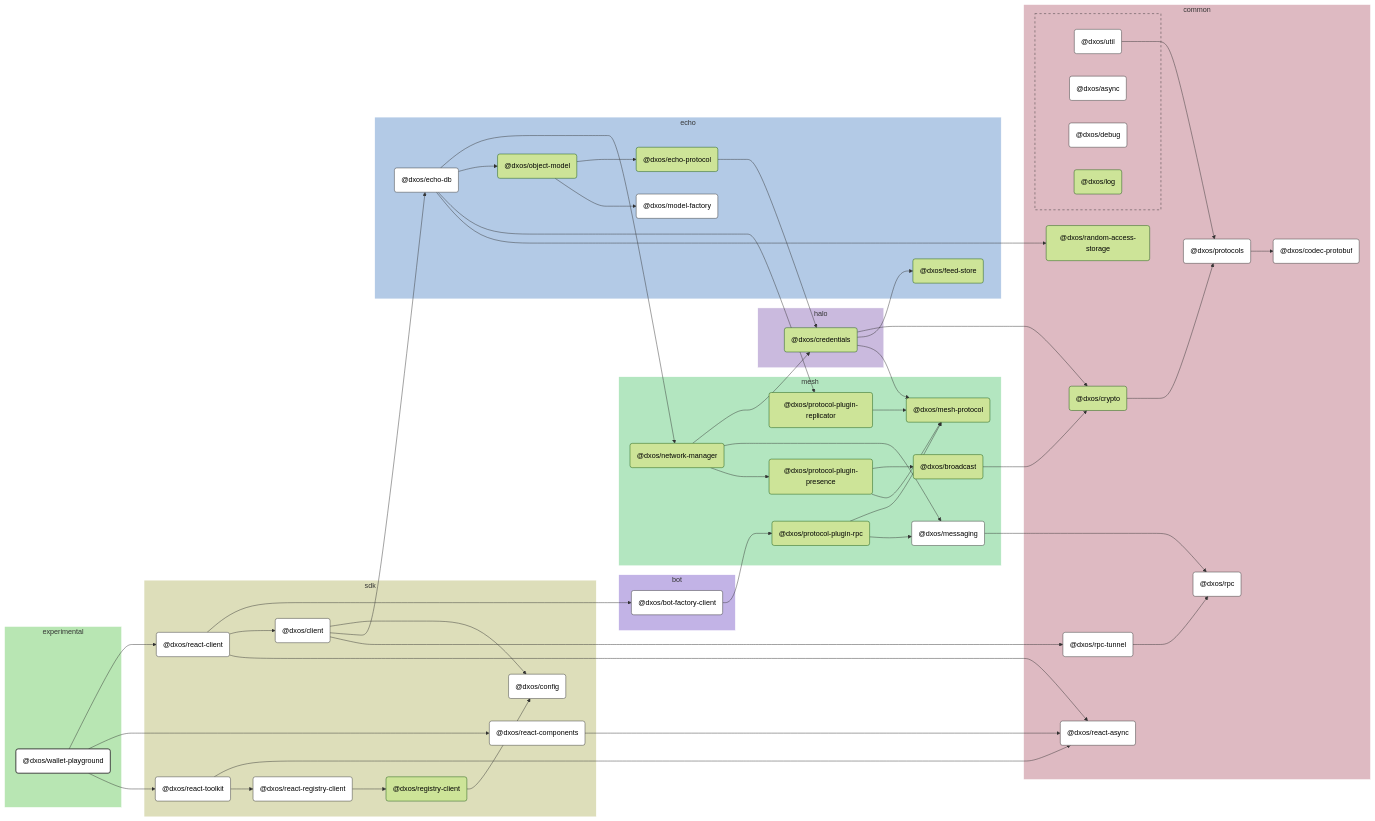
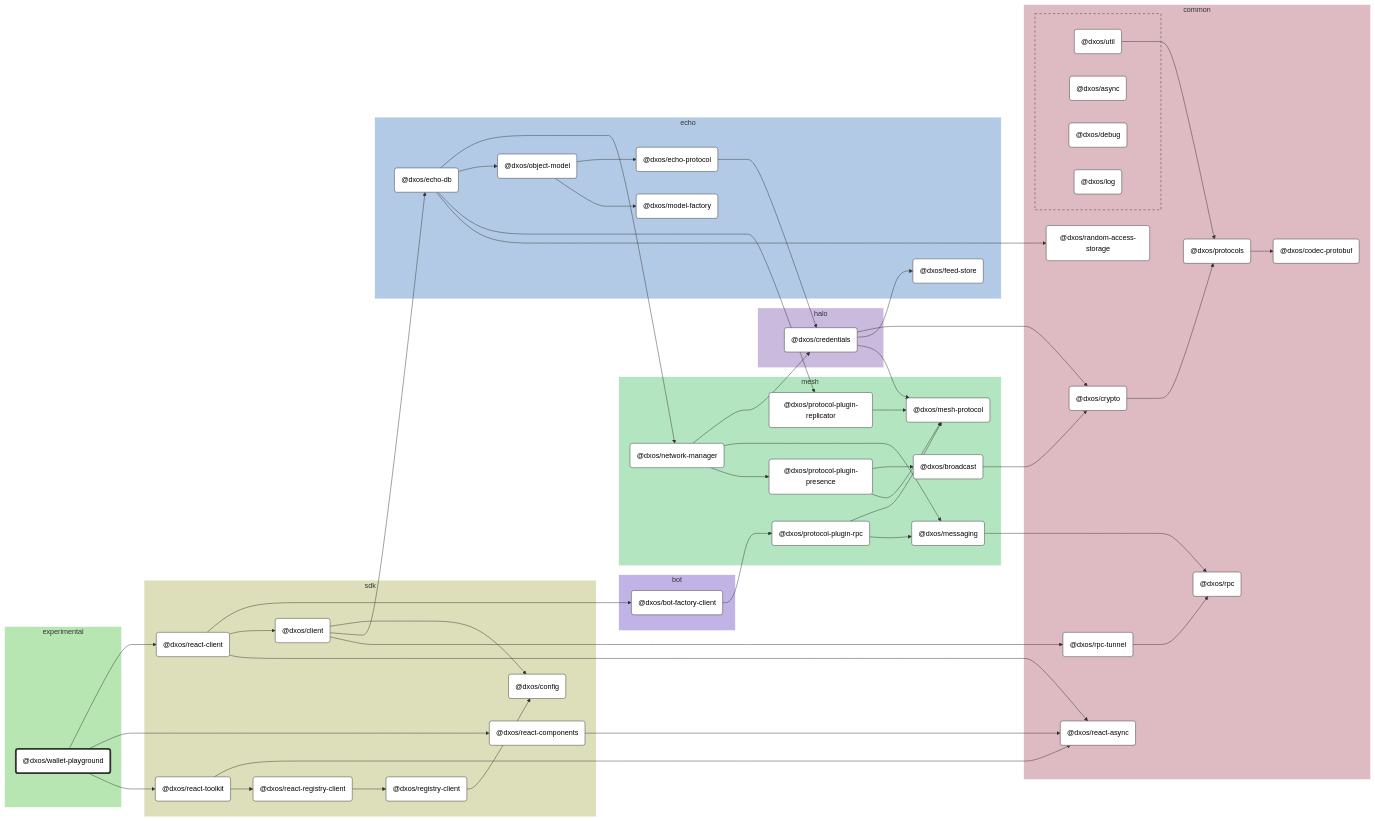
The diagram in apps/experimental/wallet-playground/docs/README.md (dxos/dxos), drawn with Mermaid (forest theme) before and after one commit. The commit also changed other lines of this file and 86 other files, not shown here.

```diff
--- a/apps/experimental/wallet-playground/docs/README.md
+++ b/apps/experimental/wallet-playground/docs/README.md
@@ -128,25 +128,39 @@
 %% Hyperlinks
 click dxos/async "dxos/dxos/tree/main/packages/common/async/docs";
 click dxos/bot-factory-client "dxos/dxos/tree/main/packages/bot/bot-factory-client/docs";
+click dxos/broadcast "dxos/dxos/tree/main/packages/mesh/broadcast/docs";
 click dxos/client "dxos/dxos/tree/main/packages/sdk/client/docs";
 click dxos/codec-protobuf "dxos/dxos/tree/main/packages/common/codec-protobuf/docs";
 click dxos/config "dxos/dxos/tree/main/packages/sdk/config/docs";
+click dxos/credentials "dxos/dxos/tree/main/packages/halo/credentials/docs";
+click dxos/crypto "dxos/dxos/tree/main/packages/common/crypto/docs";
 click dxos/debug "dxos/dxos/tree/main/packages/common/debug/docs";
 click dxos/echo-db "dxos/dxos/tree/main/packages/echo/echo-db/docs";
+click dxos/echo-protocol "dxos/dxos/tree/main/packages/echo/echo-protocol/docs";
+click dxos/feed-store "dxos/dxos/tree/main/packages/echo/feed-store/docs";
+click dxos/log "dxos/dxos/tree/main/packages/common/log/docs";
+click dxos/mesh-protocol "dxos/dxos/tree/main/packages/mesh/mesh-protocol/docs";
 click dxos/messaging "dxos/dxos/tree/main/packages/mesh/messaging/docs";
 click dxos/model-factory "dxos/dxos/tree/main/packages/echo/model-factory/docs";
+click dxos/network-manager "dxos/dxos/tree/main/packages/mesh/network-manager/docs";
+click dxos/object-model "dxos/dxos/tree/main/packages/echo/object-model/docs";
+click dxos/protocol-plugin-presence "dxos/dxos/tree/main/packages/mesh/protocol-plugin-presence/docs";
+click dxos/protocol-plugin-replicator "dxos/dxos/tree/main/packages/mesh/protocol-plugin-replicator/docs";
+click dxos/protocol-plugin-rpc "dxos/dxos/tree/main/packages/mesh/protocol-plugin-rpc/docs";
 click dxos/protocols "dxos/dxos/tree/main/packages/common/protocols/docs";
+click dxos/random-access-storage "dxos/dxos/tree/main/packages/common/random-access-storage/docs";
 click dxos/react-async "dxos/dxos/tree/main/packages/common/react-async/docs";
 click dxos/react-client "dxos/dxos/tree/main/packages/sdk/react-client/docs";
 click dxos/react-components "dxos/dxos/tree/main/packages/sdk/react-components/docs";
 click dxos/react-registry-client "dxos/dxos/tree/main/packages/sdk/react-registry-client/docs";
 click dxos/react-toolkit "dxos/dxos/tree/main/packages/sdk/react-toolkit/docs";
+click dxos/registry-client "dxos/dxos/tree/main/packages/sdk/registry-client/docs";
 click dxos/rpc "dxos/dxos/tree/main/packages/common/rpc/docs";
 click dxos/rpc-tunnel "dxos/dxos/tree/main/packages/common/rpc-tunnel/docs";
 click dxos/util "dxos/dxos/tree/main/packages/common/util/docs";
 
 %% Styles
-classDef rootNode fill:#fff,stroke:#333,stroke-width:2px
+classDef rootNode fill:#fff,stroke:#333,stroke-width:4px
 classDef defaultNode fill:#fff,stroke:#333,stroke-width:1px
 linkStyle default stroke:#333,stroke-width:1px
 
@@ -154,19 +168,33 @@
 
 dxos/async:::defaultNode
 dxos/bot-factory-client:::defaultNode
+dxos/broadcast:::defaultNode
 dxos/client:::defaultNode
 dxos/codec-protobuf:::defaultNode
 dxos/config:::defaultNode
+dxos/credentials:::defaultNode
+dxos/crypto:::defaultNode
 dxos/debug:::defaultNode
 dxos/echo-db:::defaultNode
+dxos/echo-protocol:::defaultNode
+dxos/feed-store:::defaultNode
+dxos/log:::defaultNode
+dxos/mesh-protocol:::defaultNode
 dxos/messaging:::defaultNode
 dxos/model-factory:::defaultNode
+dxos/network-manager:::defaultNode
+dxos/object-model:::defaultNode
+dxos/protocol-plugin-presence:::defaultNode
+dxos/protocol-plugin-replicator:::defaultNode
+dxos/protocol-plugin-rpc:::defaultNode
 dxos/protocols:::defaultNode
+dxos/random-access-storage:::defaultNode
 dxos/react-async:::defaultNode
 dxos/react-client:::defaultNode
 dxos/react-components:::defaultNode
 dxos/react-registry-client:::defaultNode
 dxos/react-toolkit:::defaultNode
+dxos/registry-client:::defaultNode
 dxos/rpc:::defaultNode
 dxos/rpc-tunnel:::defaultNode
 dxos/util:::defaultNode
```
